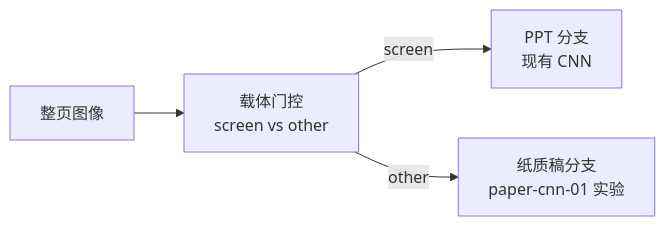
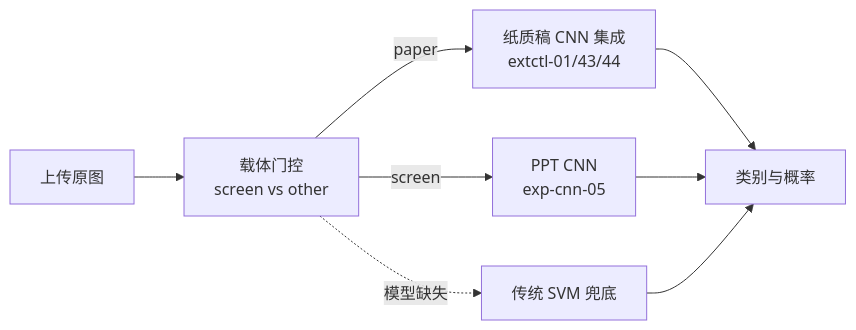
Before and after one commit to LosproeOcl/wut-ml-task06-doc-normalizer: the fifth of 7 diagrams in docs/03-架构设计.md, drawn with Mermaid. The commit also changed other lines of this file and 45 other files, not shown here.

````diff
--- a/docs/03-架构设计.md
+++ b/docs/03-架构设计.md
@@ -158,6 +158,10 @@
 ```mermaid
 flowchart LR
-    I[整页图像] --> G[载体门控<br/>screen vs other]
-    G -- screen --> P[PPT 分支<br/>现有 CNN]
-    G -- other --> A[纸质稿分支<br/>paper-cnn-01 实验]
+    I[上传原图] --> G[载体门控<br/>screen vs other]
+    G -- paper --> P[纸质稿 CNN 集成<br/>extctl-01/43/44]
+    G -- screen --> S[PPT CNN<br/>exp-cnn-05]
+    G -. 模型缺失 .-> C[传统 SVM 兜底]
+    P --> R[类别与概率]
+    S --> R
+    C --> R
 ```
````
